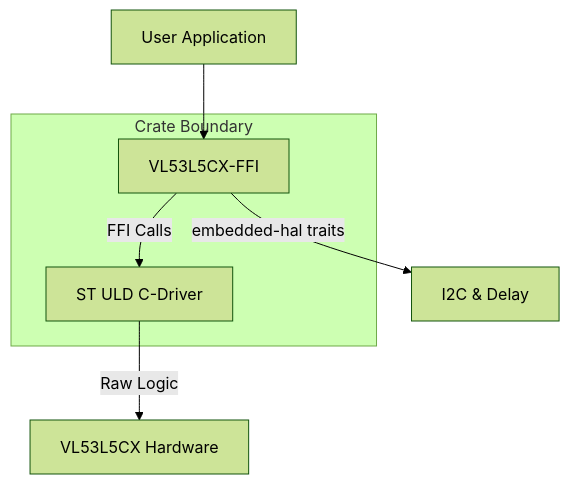
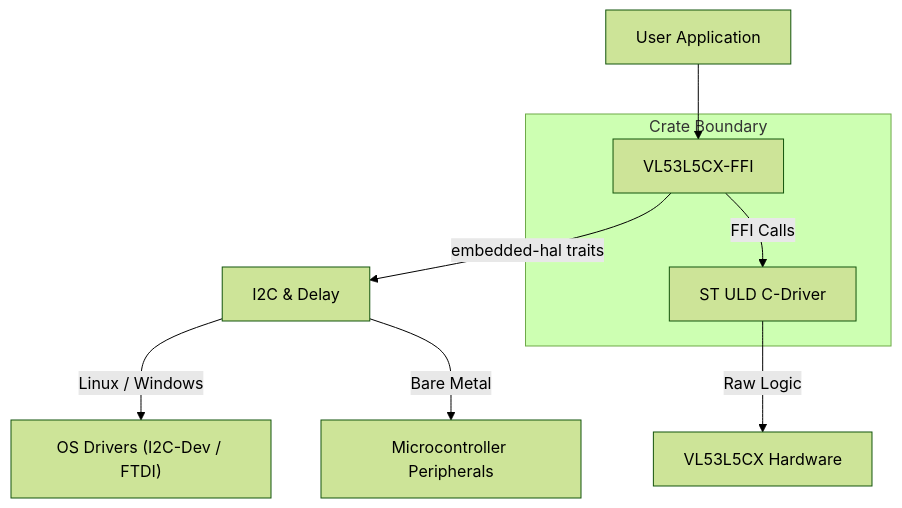
The diagram in README.md (wakefarm/vl53l5cx-driver), drawn with Mermaid (forest theme) before and after one commit. The commit also changed other lines of this file, not shown here.

````diff
--- a/README.md
+++ b/README.md
@@ -77,12 +80,14 @@
 ```mermaid
 graph TD
     User[User Application] --> RustAPI[VL53L5CX-FFI]
     RustAPI -- "embedded-hal traits" --> HAL[I2C & Delay]
+    HAL -- "Linux / Windows" --> OS["OS Drivers (I2C-Dev / FTDI)"]
+    HAL -- "Bare Metal" --> MCU[Microcontroller Peripherals]
     RustAPI -- "FFI Calls" --> C_Driver[ST ULD C-Driver]
     C_Driver -- "Raw Logic" --> Sensor[VL53L5CX Hardware]
     
     subgraph "Crate Boundary"
     RustAPI
     C_Driver
     end
 ```
````
